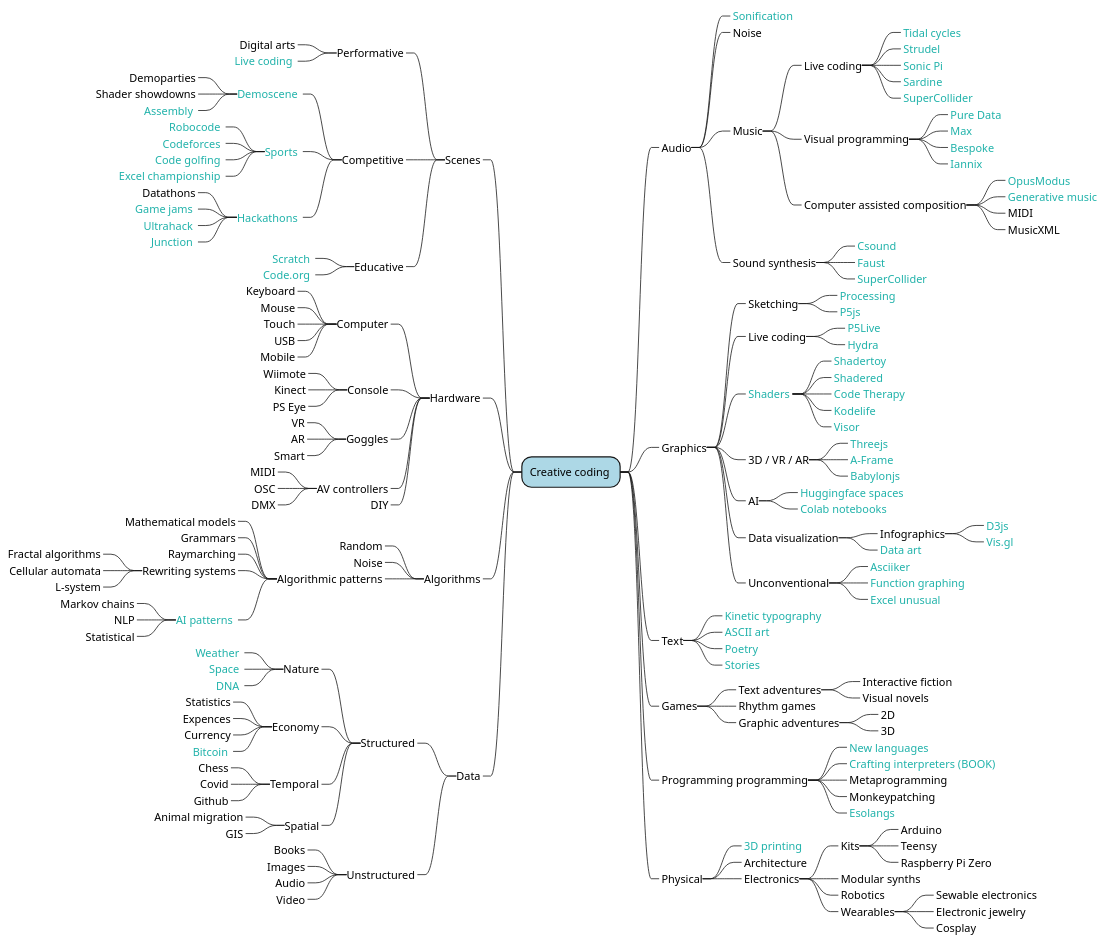
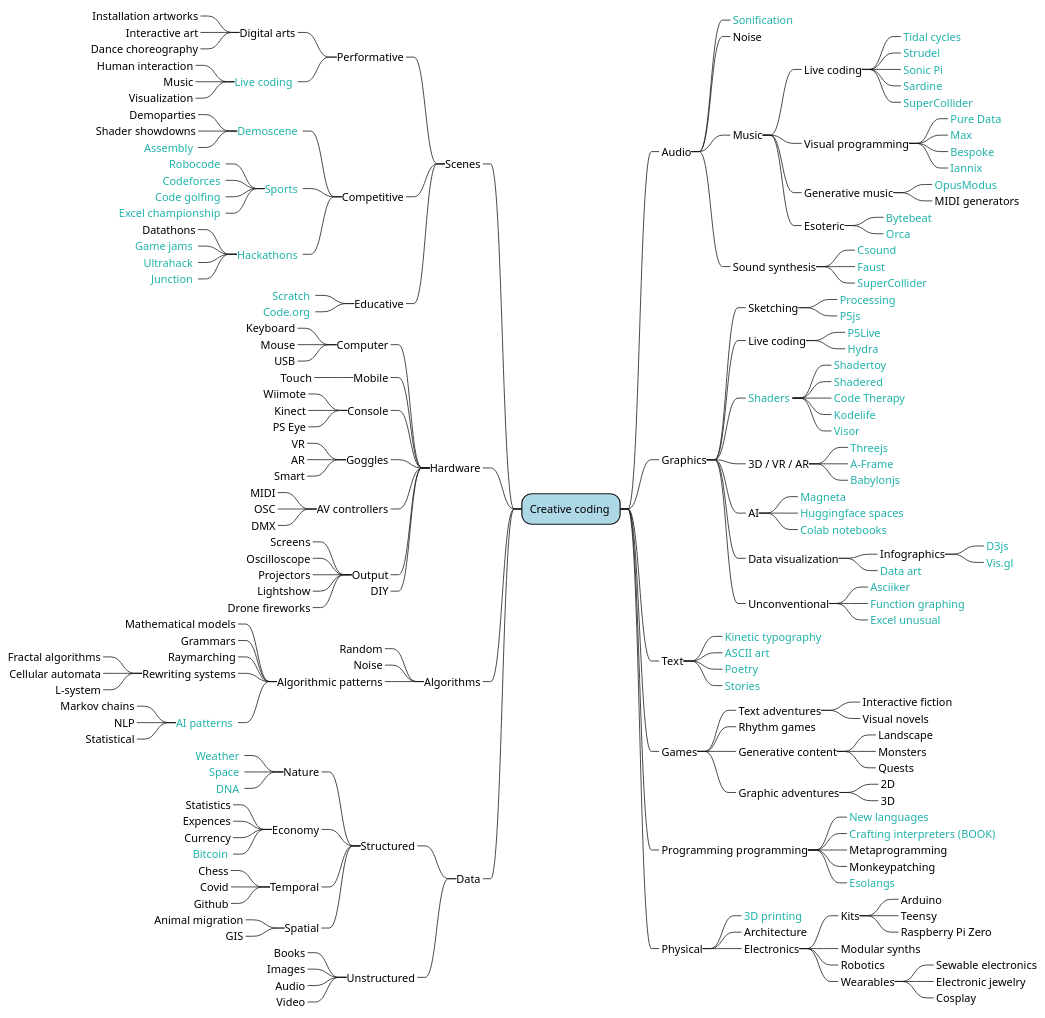
Before and after one commit to amiika/creativecodingmindmap: the diagram in mindmap.plantuml, drawn with PlantUML. The commit also changed 3 other files, not shown here.

```diff
--- a/mindmap.plantuml
+++ b/mindmap.plantuml
@@ -36,17 +36,17 @@
 *****_ [[https://cycling74.com/products/max Max]] <<link>>
 *****_ [[https://www.bespokesynth.com/ Bespoke]] <<link>>
 *****_ [[https://www.iannix.org/en/whatisiannix/ Iannix]] <<link>>
-****_ Computer assisted composition
+****_ Generative music
 *****_ [[https://opusmodus.com/ OpusModus]] <<link>>
-*****_ [[htts://teropa.info/loop Generative music]] <<link>>
-*****_ MIDI
-*****_ MusicXML
+*****_ MIDI generators
+****_ Esoteric
+*****_ [[https://dollchan.net/bytebeat/ Bytebeat]] <<link>>
+*****_ [[https://hundredrabbits.itch.io/orca Orca]] <<link>>
 
 ***_ Sound synthesis
 ****_ [[https://csound.com/ Csound]] <<link>>
 ****_ [[https://faust.grame.fr/ Faust]] <<link>>
 ****_ [[https://supercollider.github.io/ SuperCollider]] <<link>>
-
 
 **_ Graphics
 ***_ Sketching
@@ -66,6 +66,7 @@
 ****_ [[https://aframe.io/ A-Frame]] <<link>>
 ****_ [[https://playground.babylonjs.com/ Babylonjs]] <<link>>
 ***_ AI
+****_ [[https://magenta.tensorflow.org/demos Magneta]] <<link>>
 ****_ [[https://huggingface.co/spaces/ Huggingface spaces]] <<link>>
 ****_ [[https://github.com/amrzv/awesome-colab-notebooks Colab notebooks]] <<link>>
 
@@ -90,6 +91,10 @@
 ****_ Interactive fiction
 ****_ Visual novels
 ***_ Rhythm games
+***_ Generative content
+****_ Landscape
+****_ Monsters
+****_ Quests
 ***_ Graphic adventures
 ****_ 2D
 ****_ 3D
@@ -120,7 +125,13 @@
 
 ---_ Performative
 ----_ Digital arts
+-----_ Installation artworks
+-----_ Interactive art
+-----_ Dance choreography
 ----_ [[https://github.com/toplap/awesome-livecoding Live coding]] <<link>>
+-----_ Human interaction
+-----_ Music
+-----_ Visualization
 
 ---_ Competitive
 ----_ [[https://github.com/psykon/awesome-demoscene Demoscene]] <<link>>
@@ -146,9 +157,9 @@
 ---_ Computer
 ----_ Keyboard
 ----_ Mouse
+----_ USB
+---_ Mobile
 ----_ Touch
-----_ USB
-----_ Mobile
 ---_ Console
 ----_ Wiimote
 ----_ Kinect
@@ -161,6 +172,12 @@
 ----_ MIDI
 ----_ OSC
 ----_ DMX
+---_ Output
+----_ Screens
+----_ Oscilloscope
+----_ Projectors
+----_ Lightshow
+----_ Drone fireworks
 ---_ DIY
 
 --_ Algorithms
```
